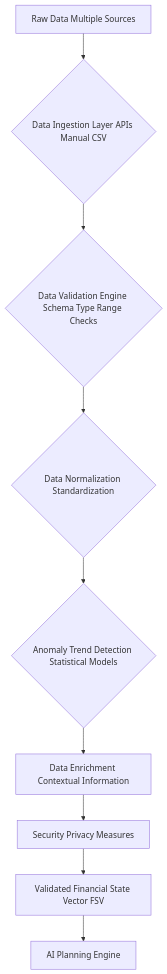
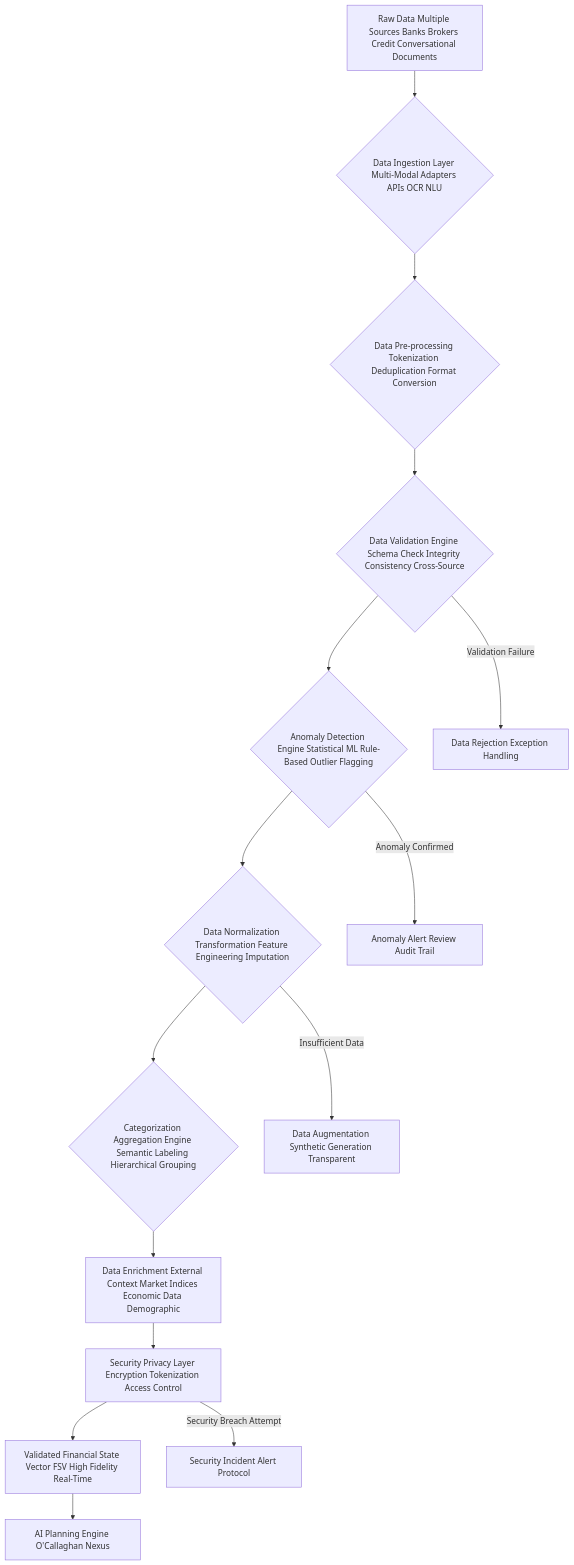
One commit to diplomat-bit/Citibank_Demo_Business_Inc_Demonstration- changed diagram 11 of 12 in inventions/004_ai_financial_plan_for_goals/generative_ai_prompt_template.md. Above: the diagram before and after it, drawn with Mermaid. The commit also changed other lines of this file, not shown here.

````diff
--- a/inventions/004_ai_financial_plan_for_goals/generative_ai_prompt_template.md
+++ b/inventions/004_ai_financial_plan_for_goals/generative_ai_prompt_template.md
@@ -586,11 +1145,17 @@
 ```mermaid
 graph TD
-    A[Raw Data Multiple Sources] --> B{Data Ingestion Layer APIs Manual CSV}
-    B --> C{Data Validation Engine Schema Type Range Checks}
-    C --> D{Data Normalization Standardization}
-    D --> E{Anomaly Trend Detection Statistical Models}
-    E --> F[Data Enrichment Contextual Information]
-    F --> G[Security Privacy Measures]
-    G --> H[Validated Financial State Vector FSV]
-    H --> I[AI Planning Engine]
+    A[Raw Data Multiple Sources Banks Brokers Credit Conversational Documents] --> B{Data Ingestion Layer Multi-Modal Adapters APIs OCR NLU}
+    B --> C{Data Pre-processing Tokenization Deduplication Format Conversion}
+    C --> D{Data Validation Engine Schema Check Integrity Consistency Cross-Source}
+    D --> E{Anomaly Detection Engine Statistical ML Rule-Based Outlier Flagging}
+    E --> F{Data Normalization Transformation Feature Engineering Imputation}
+    F --> G{Categorization Aggregation Engine Semantic Labeling Hierarchical Grouping}
+    G --> H[Data Enrichment External Context Market Indices Economic Data Demographic]
+    H --> I[Security Privacy Layer Encryption Tokenization Access Control]
+    I --> J[Validated Financial State Vector FSV High Fidelity Real-Time]
+    J --> K[AI Planning Engine O'Callaghan Nexus]
+    D -- Validation Failure --> Z1[Data Rejection Exception Handling]
+    E -- Anomaly Confirmed --> Z2[Anomaly Alert Review Audit Trail]
+    F -- Insufficient Data --> Z3[Data Augmentation Synthetic Generation Transparent]
+    I -- Security Breach Attempt --> Z4[Security Incident Alert Protocol]
 ```
````
